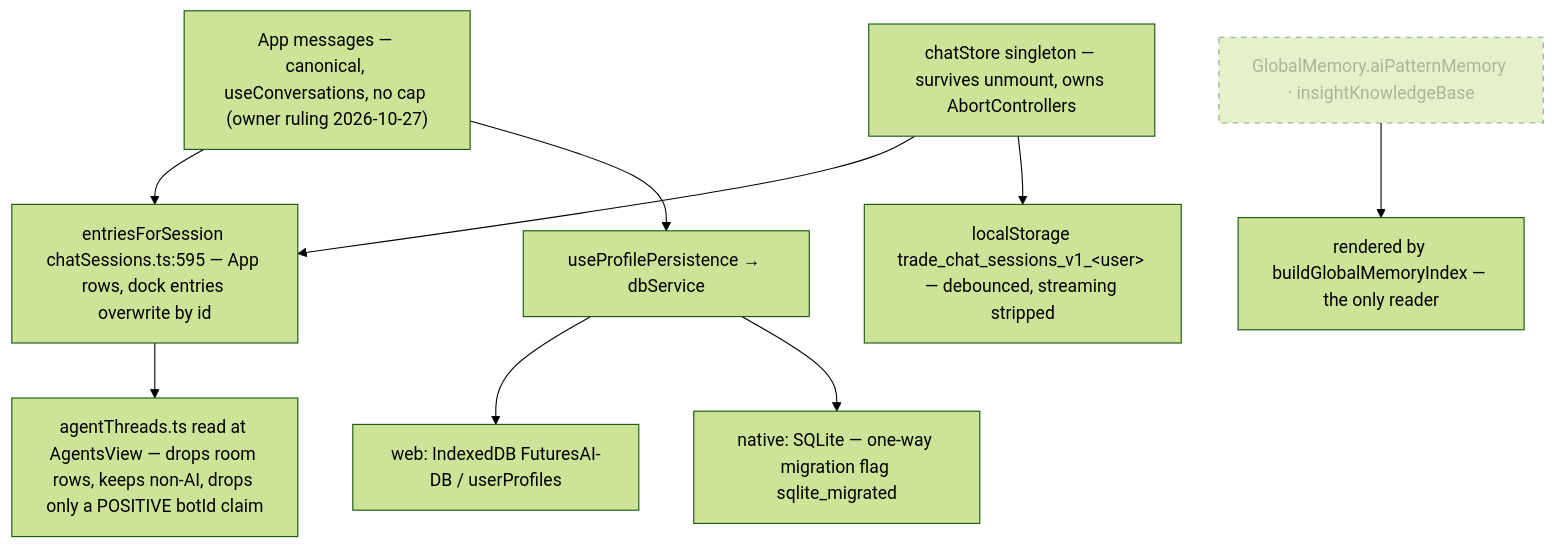
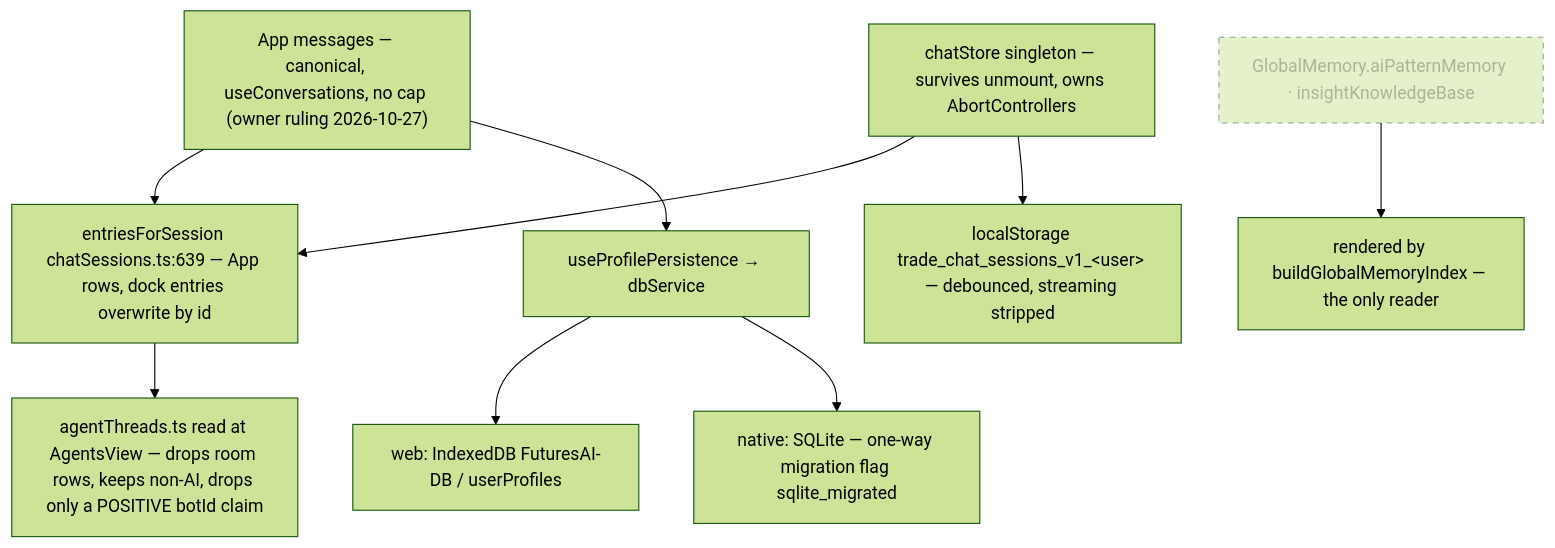
One commit to Acepay25/august-3.5 changed the seventh of 8 diagrams in docs/app-flow.md. Above: the diagram before and after it, drawn with Mermaid (forest theme). The commit also changed other lines of this file and 30 other files, not shown here.

````diff
--- a/docs/app-flow.md
+++ b/docs/app-flow.md
@@ -540,12 +540,12 @@
 ```mermaid
 flowchart TD
-    MSG["App messages — canonical, useConversations, no cap (owner ruling 2026-10-27)"] --> MER["entriesForSession chatSessions.ts:595 — App rows, dock entries overwrite by id"]
+    MSG["App messages — canonical, useConversations, no cap (owner ruling 2026-10-27)"] --> MER["entriesForSession chatSessions.ts:639 — App rows, dock entries overwrite by id"]
     CS["chatStore singleton — survives unmount, owns AbortControllers"] --> MER
     MER --> PANE["agentThreads.ts read at AgentsView — drops room rows, keeps non-AI, drops only a POSITIVE botId claim"]
     CS --> LS["localStorage trade_chat_sessions_v1_&lt;user&gt; — debounced, streaming stripped"]
     MSG --> PP["useProfilePersistence → dbService"]
     PP --> IDB["web: IndexedDB FuturesAI-DB / userProfiles"]
     PP --> SQL["native: SQLite — one-way migration flag sqlite_migrated"]
     GM["GlobalMemory.aiPatternMemory · insightKnowledgeBase"]:::dead --> IDX["rendered by buildGlobalMemoryIndex — the only reader"]
     classDef dead stroke-dasharray: 5 5,opacity:.5
 ```
````
